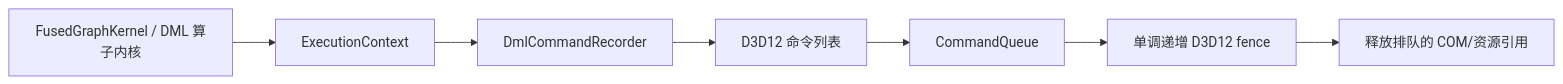
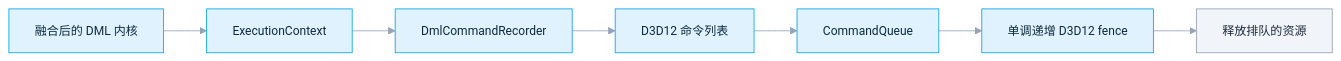
One commit to DakeQQ/Tutorial-ONNX-Runtime-Execution-Providers changed the eighth of 12 diagrams in DirectML/README.zh-CN.md. Above: the diagram before and after it, drawn with Mermaid. The commit also changed other lines of this file and 15 other files, not shown here.

````diff
--- a/DirectML/README.zh-CN.md
+++ b/DirectML/README.zh-CN.md
@@ -417,9 +443,14 @@
 ```mermaid
+%%{init: {"theme":"base","themeVariables":{"fontSize":"14px","lineColor":"#94a3b8","edgeLabelBackground":"#e2e8f0","primaryTextColor":"#1e293b"}}}%%
 flowchart LR
-    K["FusedGraphKernel / DML 算子内核"] --> EC["ExecutionContext"]
+    K["融合后的 DML 内核"] --> EC["ExecutionContext"]
     EC --> REC["DmlCommandRecorder"]
     REC --> CL["D3D12 命令列表"]
     CL --> Q["CommandQueue"]
     Q --> F["单调递增 D3D12 fence"]
-    F --> LIFE["释放排队的 COM/资源引用"]
+    F --> LIFE["释放排队的资源"]
+    classDef step fill:#e0f2fe,stroke:#0ea5e9,color:#0c2a3d;
+    classDef note fill:#f1f5f9,stroke:#94a3b8,color:#1e293b;
+    class K,EC,REC,CL,Q,F step;
+    class LIFE note;
 ```
````
